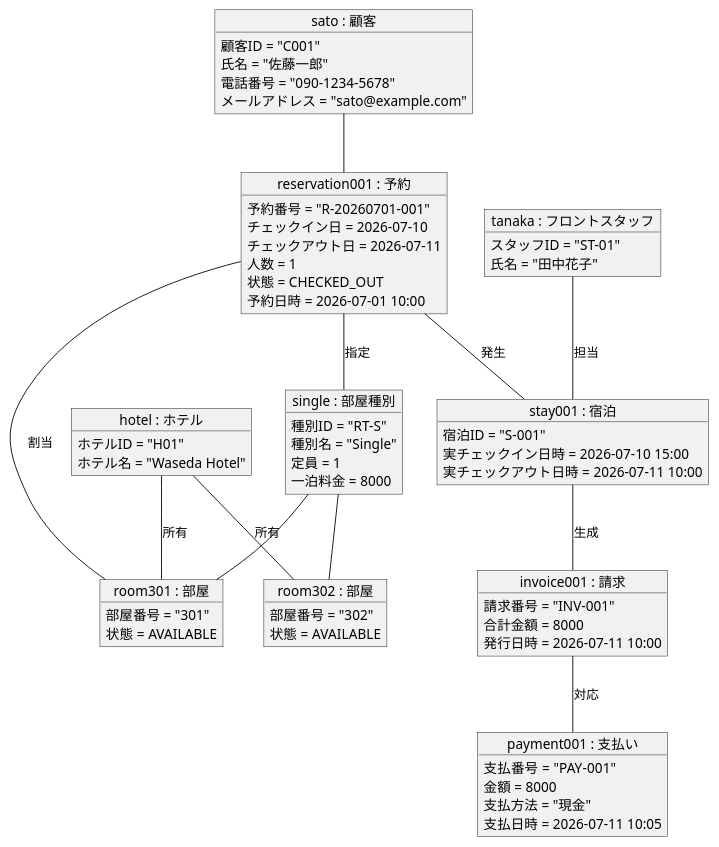
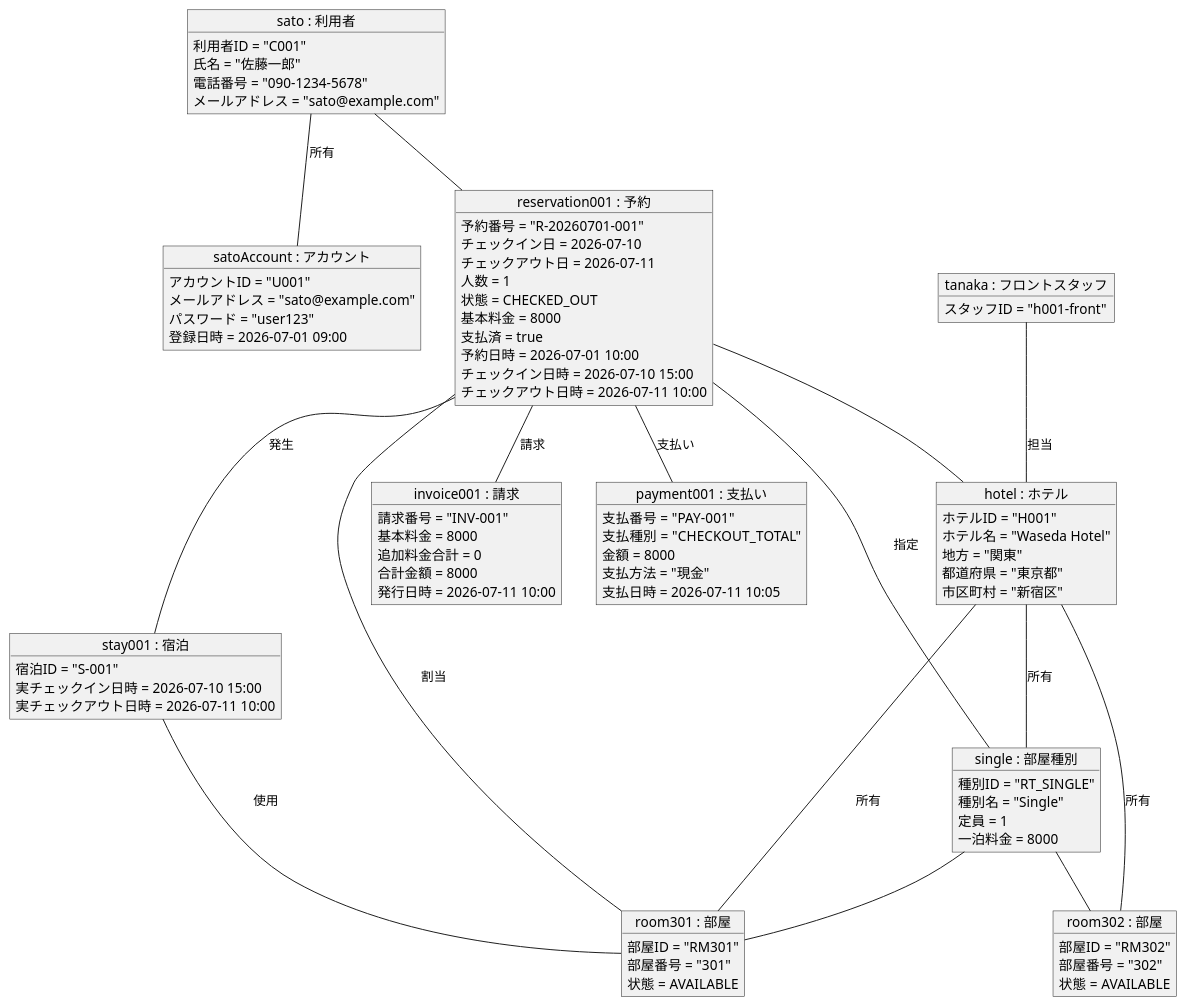
The diagram in diagrams/object_example.puml (SMatsuda3/hrs-team-project), drawn with PlantUML before and after one commit. The commit also changed 8 other files, not shown here.

First line of the commit message:
図を実装(src/web)に整合するよう修正・追加

```diff
--- a/diagrams/object_example.puml
+++ b/diagrams/object_example.puml
@@ -1,90 +1,114 @@
 @startuml object_example
 ' ============================================================
 ' HRS オブジェクト図（演習1 / ドメイン分析の検証）
 ' Issue: [Domain] オブジェクト図で検証する
 '
 ' 目的: 概念/設計クラス図に矛盾がないかを、具体的な値で確認する
-' スナップショット: 予約R-20260701-001 がチェックアウト完了した時点
-'   - 1泊（2026-07-10 → 2026-07-11）、一泊料金8000 → 合計8000
-'   - 合計金額は 予約.料金()（一泊料金 × 泊数）と一致する派生値
+' スナップショット: 予約 R-20260701-001 がチェックアウト完了した時点
+'   - 1泊（2026-07-10 → 2026-07-11）、一泊料金8000 → 基本料金8000
+'   - 追加料金なし → 合計金額 = 8000 = 支払い.金額
 '   - チェックアウト済みなので部屋301は AVAILABLE に戻っている
+' 旧版からの変更: 「顧客」→「利用者」に統一、ホテルID H01 → H001、
+'   請求・支払いのリンク先を宿泊から予約へ変更（実装準拠）
 ' ============================================================
 
-object "sato : 顧客" as sato {
-  顧客ID = "C001"
+object "sato : 利用者" as sato {
+  利用者ID = "C001"
   氏名 = "佐藤一郎"
   電話番号 = "090-1234-5678"
   メールアドレス = "sato@example.com"
 }
 
+object "satoAccount : アカウント" as satoAccount {
+  アカウントID = "U001"
+  メールアドレス = "sato@example.com"
+  パスワード = "user123"
+  登録日時 = 2026-07-01 09:00
+}
+
 object "hotel : ホテル" as hotel {
-  ホテルID = "H01"
+  ホテルID = "H001"
   ホテル名 = "Waseda Hotel"
+  地方 = "関東"
+  都道府県 = "東京都"
+  市区町村 = "新宿区"
 }
 
 object "single : 部屋種別" as single {
-  種別ID = "RT-S"
+  種別ID = "RT_SINGLE"
   種別名 = "Single"
   定員 = 1
   一泊料金 = 8000
 }
 
 object "room301 : 部屋" as room301 {
+  部屋ID = "RM301"
   部屋番号 = "301"
   状態 = AVAILABLE
 }
 
 object "room302 : 部屋" as room302 {
+  部屋ID = "RM302"
   部屋番号 = "302"
   状態 = AVAILABLE
 }
 
 object "reservation001 : 予約" as reservation001 {
   予約番号 = "R-20260701-001"
   チェックイン日 = 2026-07-10
   チェックアウト日 = 2026-07-11
   人数 = 1
   状態 = CHECKED_OUT
+  基本料金 = 8000
+  支払済 = true
   予約日時 = 2026-07-01 10:00
+  チェックイン日時 = 2026-07-10 15:00
+  チェックアウト日時 = 2026-07-11 10:00
 }
 
 object "stay001 : 宿泊" as stay001 {
   宿泊ID = "S-001"
   実チェックイン日時 = 2026-07-10 15:00
   実チェックアウト日時 = 2026-07-11 10:00
 }
 
 object "invoice001 : 請求" as invoice001 {
   請求番号 = "INV-001"
+  基本料金 = 8000
+  追加料金合計 = 0
   合計金額 = 8000
   発行日時 = 2026-07-11 10:00
 }
 
 object "payment001 : 支払い" as payment001 {
   支払番号 = "PAY-001"
+  支払種別 = "CHECKOUT_TOTAL"
   金額 = 8000
   支払方法 = "現金"
   支払日時 = 2026-07-11 10:05
 }
 
 object "tanaka : フロントスタッフ" as tanaka {
-  スタッフID = "ST-01"
-  氏名 = "田中花子"
+  スタッフID = "h001-front"
 }
 
 ' ============================================================
 ' リンク（クラス図の各関連に対応）
 ' ============================================================
+sato           -- satoAccount    : 所有
 hotel          -- room301        : 所有
 hotel          -- room302        : 所有
+hotel          -- single         : 所有
 single         -- room301
 single         -- room302
 sato           -- reservation001
+reservation001 -- hotel
 reservation001 -- single         : 指定
 reservation001 -- room301        : 割当
 reservation001 -- stay001        : 発生
-stay001        -- invoice001     : 生成
-invoice001     -- payment001     : 対応
-tanaka         -- stay001        : 担当
+reservation001 -- invoice001     : 請求
+reservation001 -- payment001     : 支払い
+stay001        -- room301        : 使用
+tanaka         -- hotel          : 担当
 
 @enduml
```
